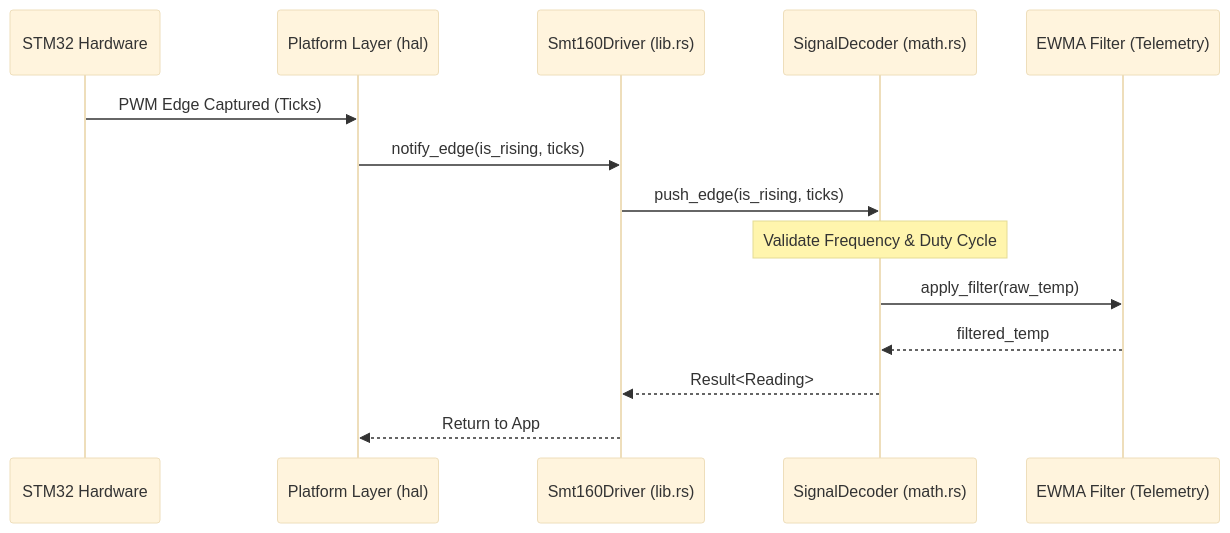
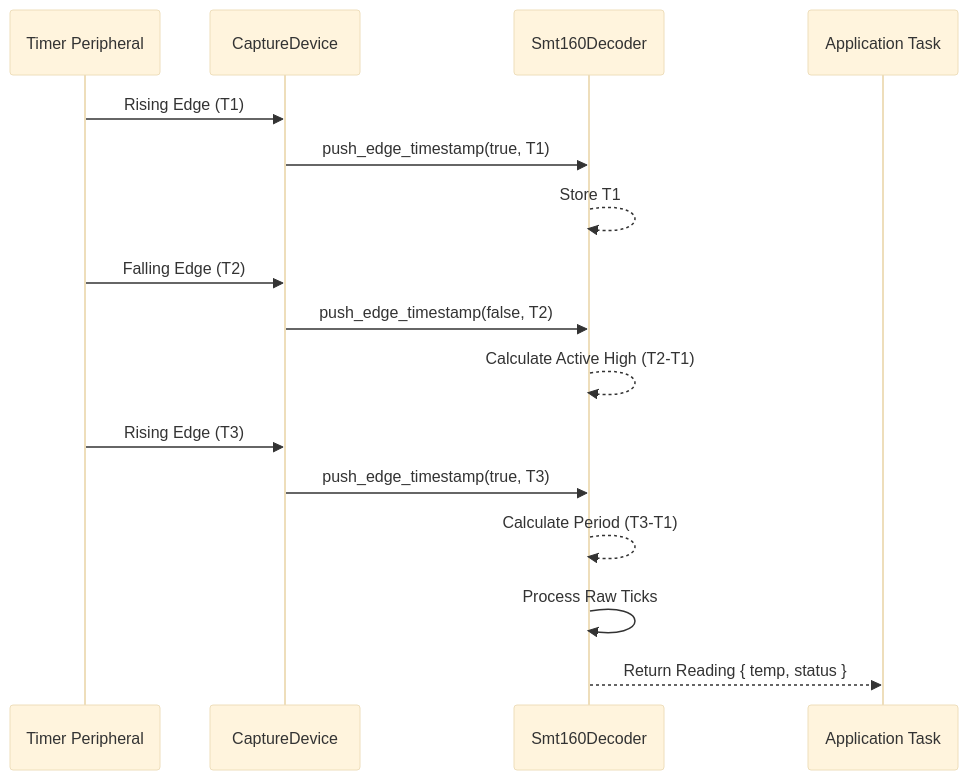
One commit to FaezBarghasa/smt160-driver changed the second of 2 diagrams in Architecture.md. Above: the diagram before and after it, drawn with Mermaid (base theme). The commit also changed other lines of this file and 6 other files, not shown here.

````diff
--- a/Architecture.md
+++ b/Architecture.md
@@ -45,17 +54,19 @@
 ```mermaid
 sequenceDiagram
-    participant HW as STM32 Hardware
-    participant Platform as Platform Layer (hal)
-    participant Driver as Smt160Driver (lib.rs)
-    participant SignalDecoder as SignalDecoder (math.rs)
-    participant Filter as EWMA Filter (Telemetry)
-    
-    HW->>Platform: PWM Edge Captured (Ticks)
-    Platform->>Driver: notify_edge(is_rising, ticks)
-    Driver->>SignalDecoder: push_edge(is_rising, ticks)
-    Note over SignalDecoder: Validate Frequency & Duty Cycle
-    SignalDecoder->>Filter: apply_filter(raw_temp)
-    Filter-->>SignalDecoder: filtered_temp
-    SignalDecoder-->>Driver: Result<Reading>
-    Driver-->>Platform: Return to App
+    participant HW as Timer Peripheral
+    participant CAP as CaptureDevice
+    participant DEC as Smt160Decoder
+    participant APP as Application Task
+
+    HW->>CAP: Rising Edge (T1)
+    CAP->>DEC: push_edge_timestamp(true, T1)
+    DEC-->>DEC: Store T1
+    HW->>CAP: Falling Edge (T2)
+    CAP->>DEC: push_edge_timestamp(false, T2)
+    DEC-->>DEC: Calculate Active High (T2-T1)
+    HW->>CAP: Rising Edge (T3)
+    CAP->>DEC: push_edge_timestamp(true, T3)
+    DEC-->>DEC: Calculate Period (T3-T1)
+    DEC->>DEC: Process Raw Ticks
+    DEC-->>APP: Return Reading { temp, status }
 ```
````
